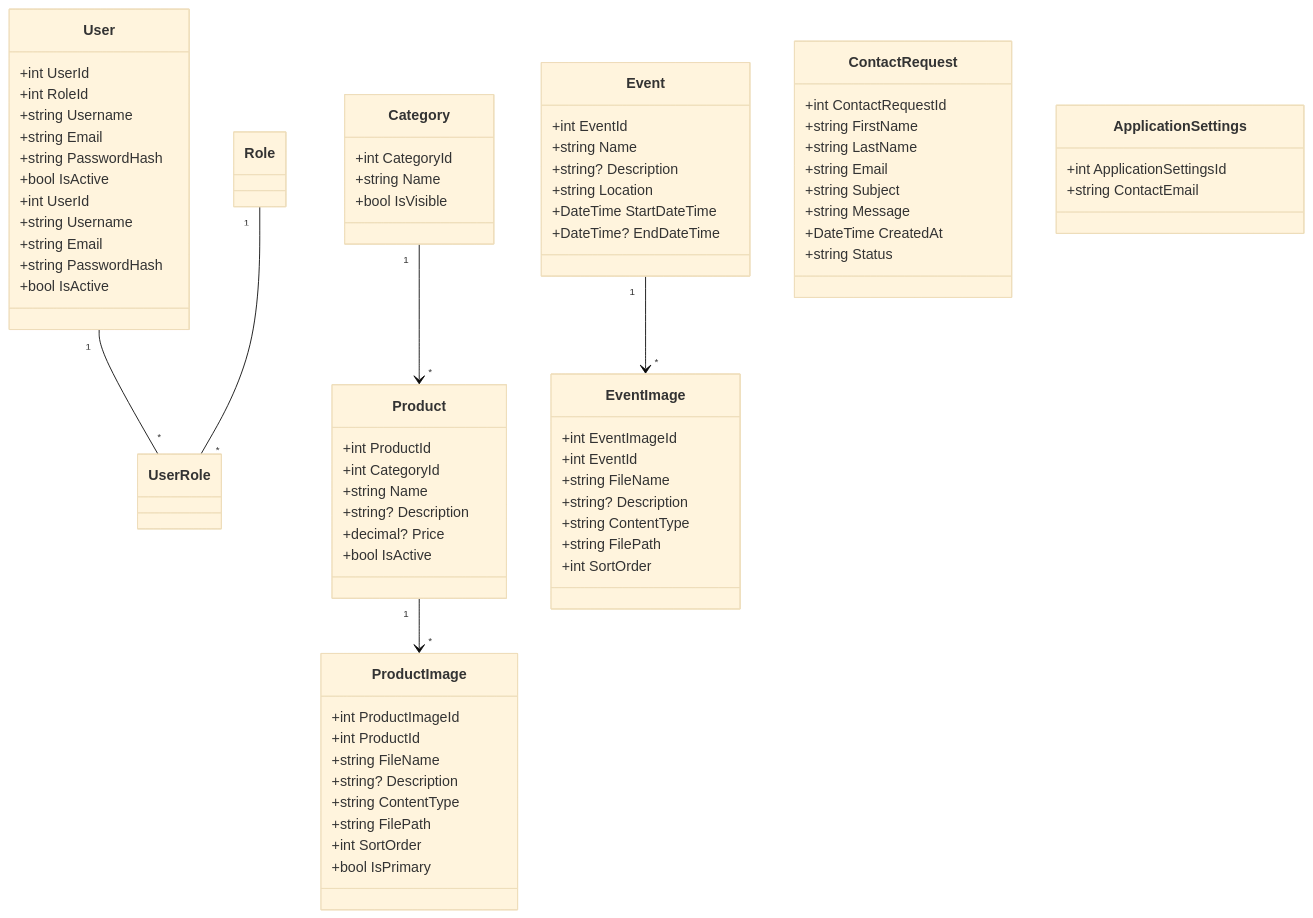
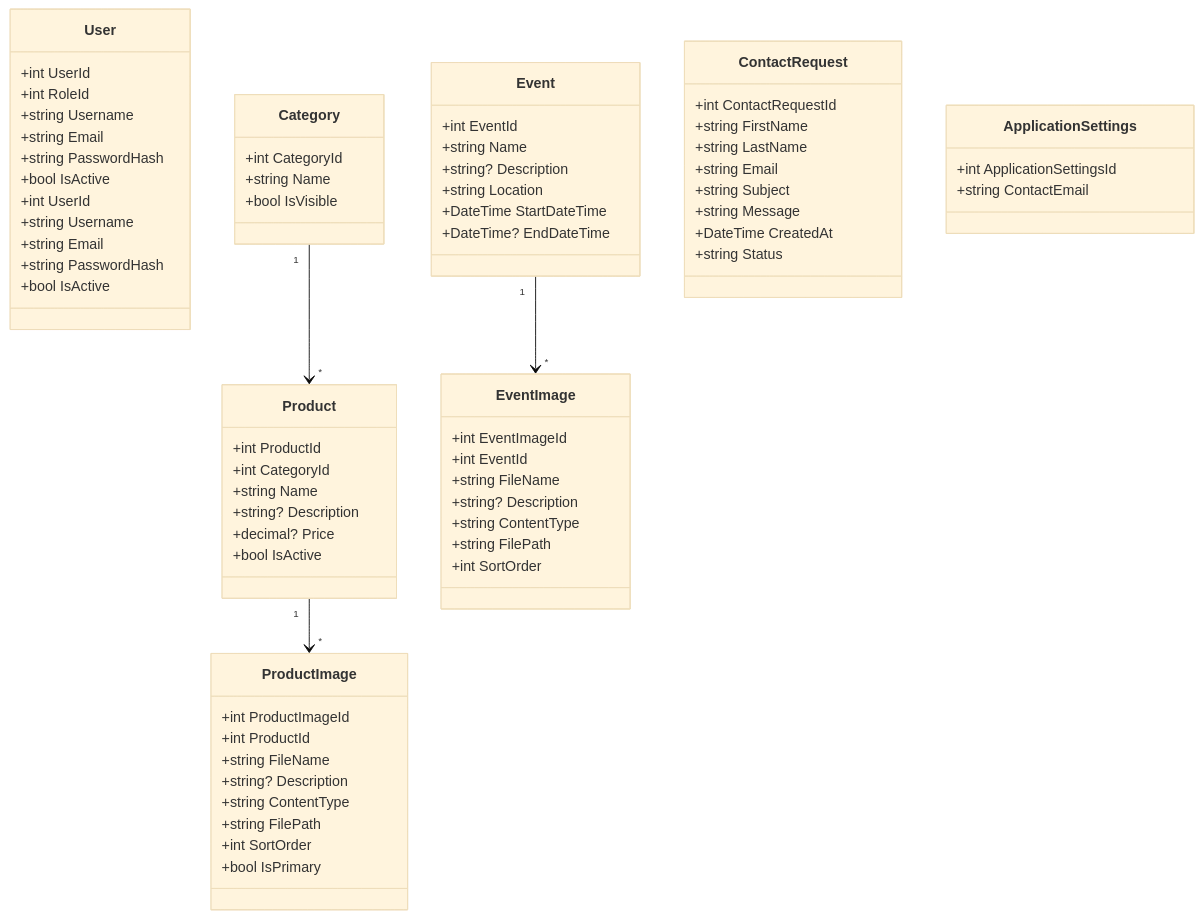
The diagram in documentation/UMLClassDiagram.mmd (SchuelerfirmaBBS1/Webseite_Schuelerfirma_04), drawn with Mermaid (base theme) before and after one commit.

```diff
--- a/documentation/UMLClassDiagram.mmd
+++ b/documentation/UMLClassDiagram.mmd
@@ -1,84 +1,81 @@
 classDiagram
 
 class User {
     +int UserId
     +int RoleId
     +string Username
     +string Email
     +string PasswordHash
     +bool IsActive
     +int UserId
     +string Username
     +string Email
     +string PasswordHash
     +bool IsActive
 }
-
-User "1" -- "*" UserRole
-Role "1" -- "*" UserRole
 
 class Category {
     +int CategoryId
     +string Name
     +bool IsVisible
 }
 
 class Product {
     +int ProductId
     +int CategoryId
     +string Name
     +string? Description
     +decimal? Price
     +bool IsActive
 }
 
 class ProductImage {
     +int ProductImageId
     +int ProductId
     +string FileName
     +string? Description
     +string ContentType
     +string FilePath
     +int SortOrder
     +bool IsPrimary
 }
 
 Category "1" --> "*" Product
 Product "1" --> "*" ProductImage
 
 class Event {
     +int EventId
     +string Name
     +string? Description
     +string Location
     +DateTime StartDateTime
     +DateTime? EndDateTime
 }
 
 class EventImage {
     +int EventImageId
     +int EventId
     +string FileName
     +string? Description
     +string ContentType
     +string FilePath
     +int SortOrder
 }
 
 Event "1" --> "*" EventImage
 
 class ContactRequest {
     +int ContactRequestId
     +string FirstName
     +string LastName
     +string Email
     +string Subject
     +string Message
     +DateTime CreatedAt
     +string Status
 }
 
 class ApplicationSettings {
     +int ApplicationSettingsId
     +string ContactEmail
 }
```
